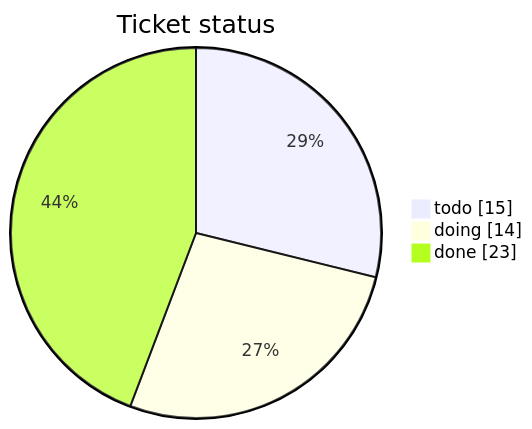
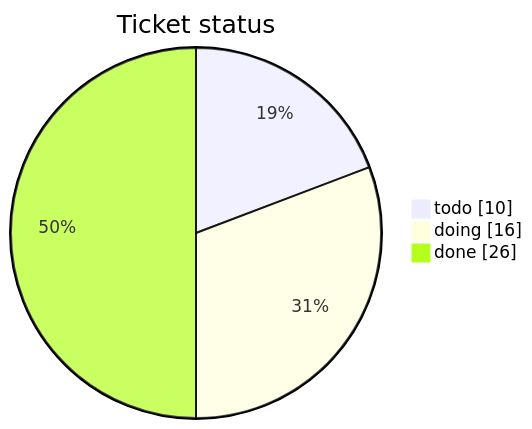
The first of 3 diagrams in tickets/TICKETS.md (mohamed-soubhi/bootlab-esp), drawn with Mermaid before and after one commit. The commit also changed other lines of this file and 15 other files, not shown here.

````diff
--- a/tickets/TICKETS.md
+++ b/tickets/TICKETS.md
@@ -14,6 +14,6 @@
 ```mermaid
 pie showData title Ticket status
-    "todo" : 15
-    "doing" : 14
-    "done" : 23
+    "todo" : 10
+    "doing" : 16
+    "done" : 26
 ```
````
